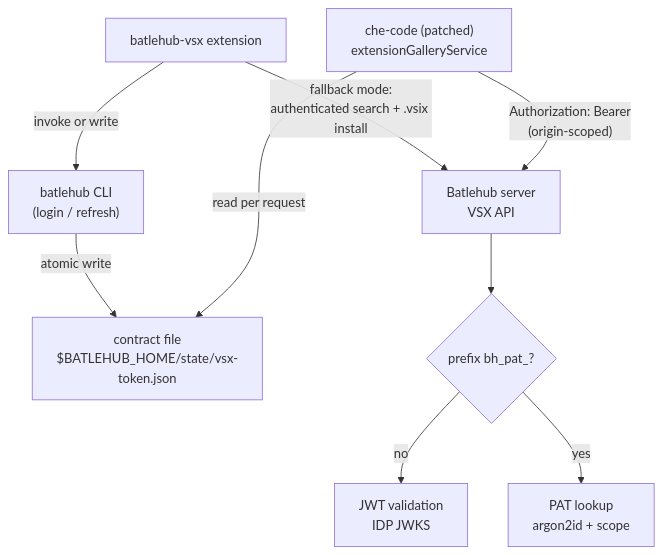
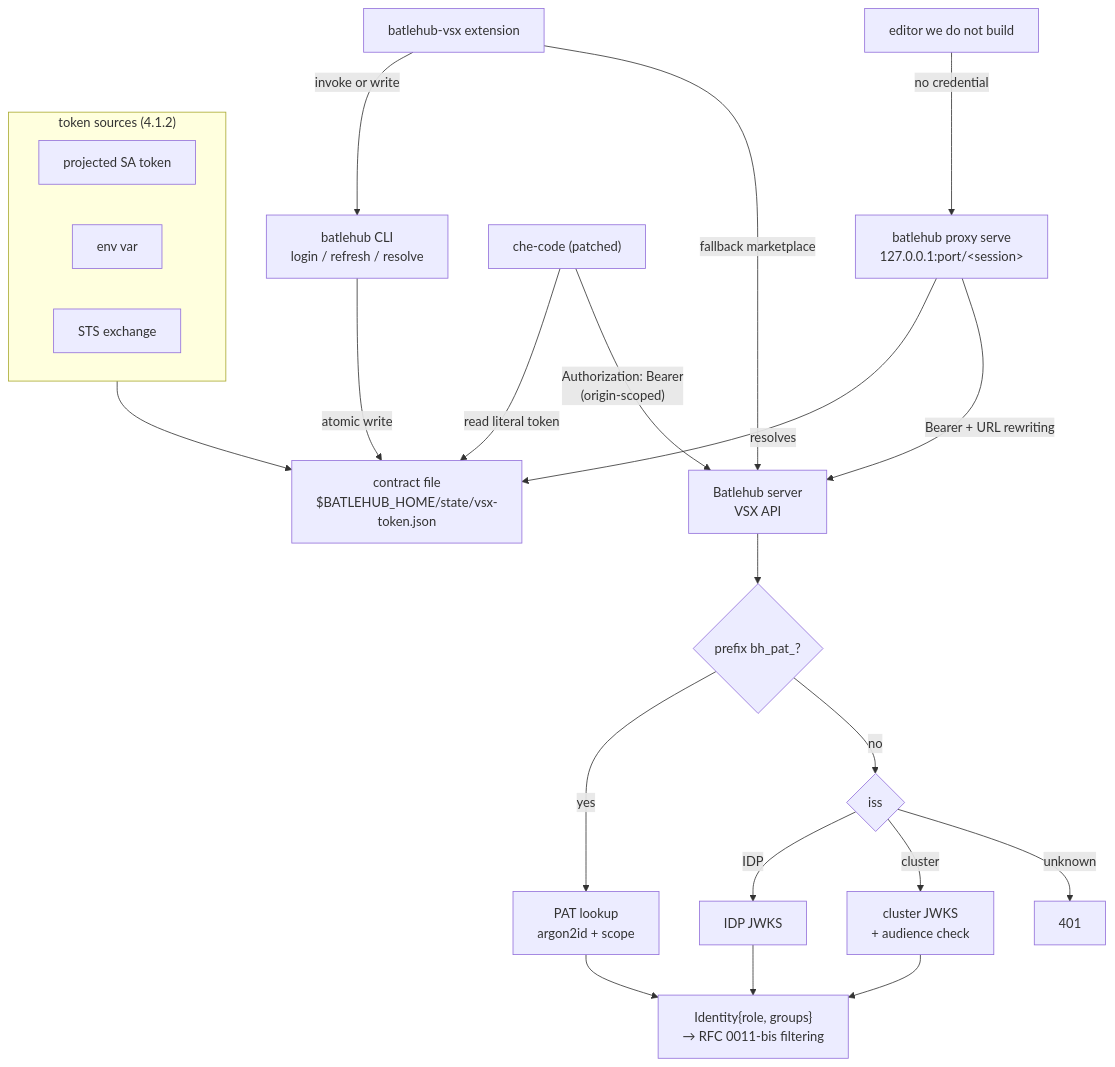
One commit to batleforc/batlehub changed the first of 17 diagrams in docs/rfc/0011-openvsx-login.md. Above: the diagram before and after it, drawn with Mermaid. The commit also changed other lines of this file and 91 other files, not shown here.

````diff
--- a/docs/rfc/0011-openvsx-login.md
+++ b/docs/rfc/0011-openvsx-login.md
@@ -284,11 +424,26 @@
 ```mermaid
 flowchart TD
-    CLI["batlehub CLI<br/>(login / refresh)"] -->|atomic write| CF["contract file<br/>$BATLEHUB_HOME/state/vsx-token.json"]
+    subgraph sources["token sources (4.1.2)"]
+      K8S["projected SA token"]
+      ENVV["env var"]
+      STS["STS exchange"]
+    end
+    sources --> CF
+    CLI["batlehub CLI<br/>login / refresh / resolve"] -->|atomic write| CF["contract file<br/>$BATLEHUB_HOME/state/vsx-token.json"]
     EXT["batlehub-vsx extension"] -->|invoke or write| CLI
-    EXT -->|"fallback mode:<br/>authenticated search + .vsix install"| SRV["Batlehub server<br/>VSX API"]
-    CHE["che-code (patched)<br/>extensionGalleryService"] -->|read per request| CF
-    CHE -->|"Authorization: Bearer<br/>(origin-scoped)"| SRV
-    SRV --> OIDC{"prefix bh_pat_?"}
-    OIDC -->|no| JWKS["JWT validation<br/>IDP JWKS"]
-    OIDC -->|yes| PAT["PAT lookup<br/>argon2id + scope"]
+    CHE["che-code (patched)"] -->|"read literal token"| CF
+    CHE -->|"Authorization: Bearer<br/>(origin-scoped)"| SRV["Batlehub server<br/>VSX API"]
+    ED["editor we do not build"] -->|"no credential"| PX["batlehub proxy serve<br/>127.0.0.1:port/&lt;session&gt;"]
+    PX -->|resolves| CF
+    PX -->|"Bearer + URL rewriting"| SRV
+    EXT -->|"fallback marketplace"| SRV
+    SRV --> DISP{"prefix bh_pat_?"}
+    DISP -->|yes| PAT["PAT lookup<br/>argon2id + scope"]
+    DISP -->|no| ISS{"iss"}
+    ISS -->|IDP| JWKS["IDP JWKS"]
+    ISS -->|cluster| KJWKS["cluster JWKS<br/>+ audience check"]
+    ISS -->|unknown| R401["401"]
+    PAT --> ID["Identity{role, groups}<br/>→ RFC 0011-bis filtering"]
+    JWKS --> ID
+    KJWKS --> ID
 ```
````
